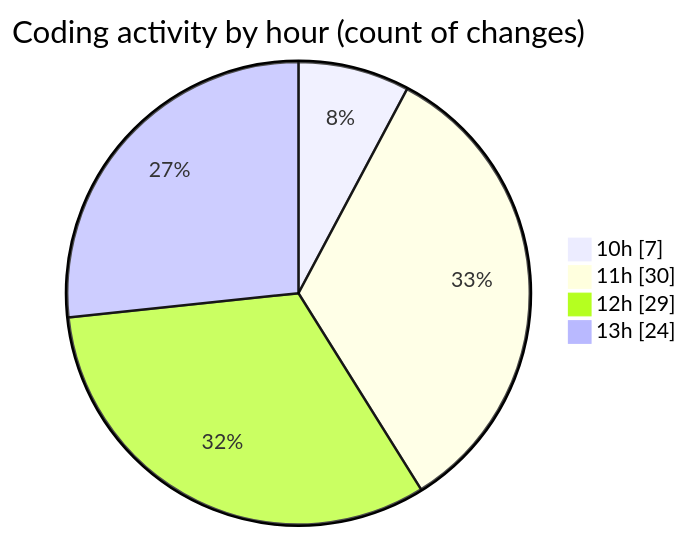
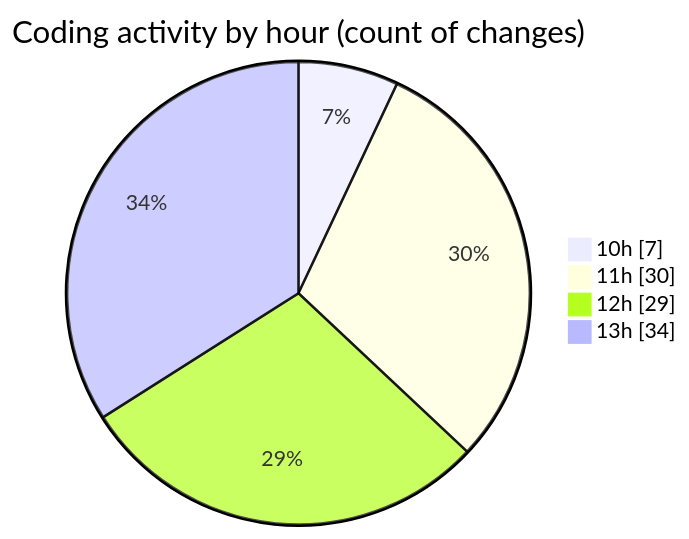
Before and after one commit to momahboobian/code-tracking: the second of 2 diagrams in 2025-06-26/cda/README.md, drawn with Mermaid. The commit also changed other lines of this file and 1 other file, not shown here.

````diff
--- a/2025-06-26/cda/README.md
+++ b/2025-06-26/cda/README.md
@@ -36,8 +37,8 @@
 ```mermaid
 pie showData
 title Coding activity by hour (count of changes)
 "10h" : 7
 "11h" : 30
 "12h" : 29
-"13h" : 24
+"13h" : 34
 ```
````
